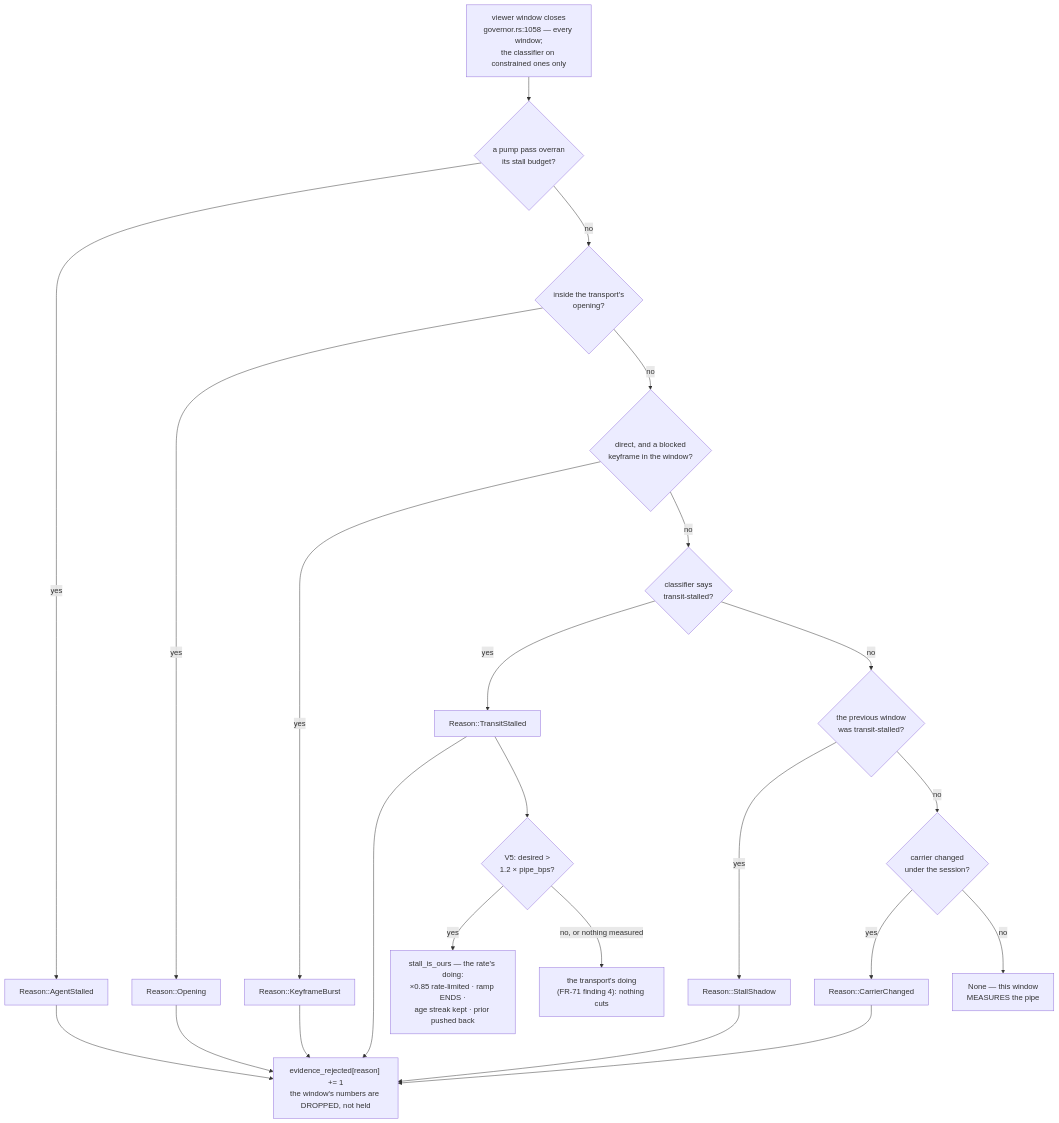
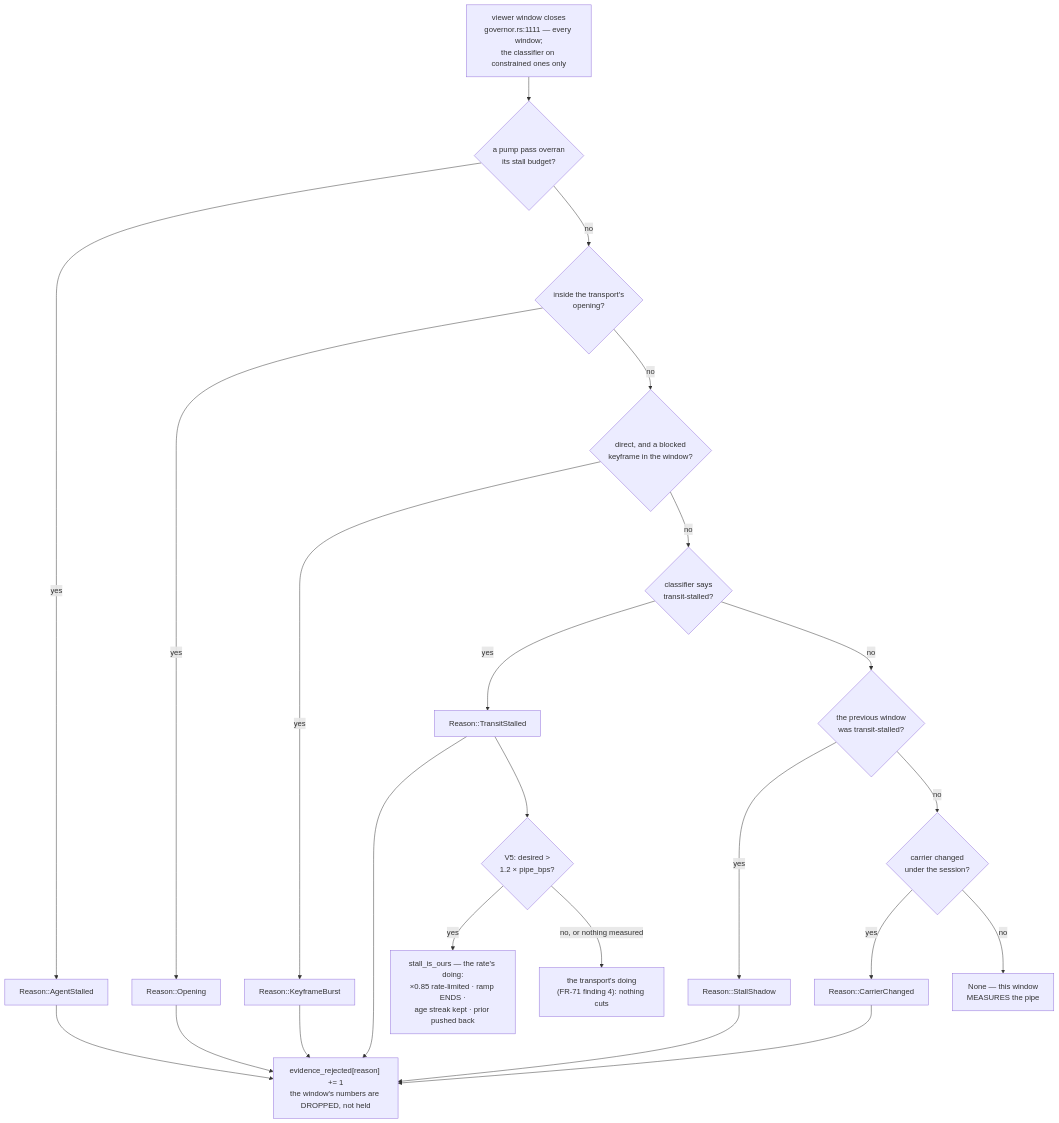
Before and after one commit to gjovanov/roomler-ai: the first of 7 diagrams in docs/rate-control.md, drawn with Mermaid. The commit also changed other lines of this file and 17 other files, not shown here.

````diff
--- a/docs/rate-control.md
+++ b/docs/rate-control.md
@@ -90,20 +90,20 @@
 ```mermaid
 flowchart TB
-    W["viewer window closes<br/>governor.rs:1058 — every window;<br/>the classifier on constrained ones only"] --> A{"a pump pass overran<br/>its stall budget?"}
+    W["viewer window closes<br/>governor.rs:1111 — every window;<br/>the classifier on constrained ones only"] --> A{"a pump pass overran<br/>its stall budget?"}
     A -- yes --> RA["Reason::AgentStalled"]
     A -- no --> O{"inside the transport's<br/>opening?"}
     O -- yes --> RO["Reason::Opening"]
     O -- no --> K{"direct, and a blocked<br/>keyframe in the window?"}
     K -- yes --> RK["Reason::KeyframeBurst"]
     K -- no --> T{"classifier says<br/>transit-stalled?"}
     T -- yes --> RT["Reason::TransitStalled"]
     T -- no --> S{"the previous window<br/>was transit-stalled?"}
     S -- yes --> RS["Reason::StallShadow"]
     S -- no --> C{"carrier changed<br/>under the session?"}
     C -- yes --> RC["Reason::CarrierChanged"]
     C -- no --> OK["None — this window<br/>MEASURES the pipe"]
     RA & RO & RK & RT & RS & RC --> REJ["evidence_rejected[reason] += 1<br/>the window's numbers are DROPPED, not held"]
     RT --> V5{"V5: desired ><br/>1.2 × pipe_bps?"}
     V5 -- yes --> OURS["stall_is_ours — the rate's doing:<br/>×0.85 rate-limited · ramp ENDS ·<br/>age streak kept · prior pushed back"]
     V5 -- "no, or nothing measured" --> HOLD["the transport's doing<br/>(FR-71 finding 4): nothing cuts"]
 ```
````
